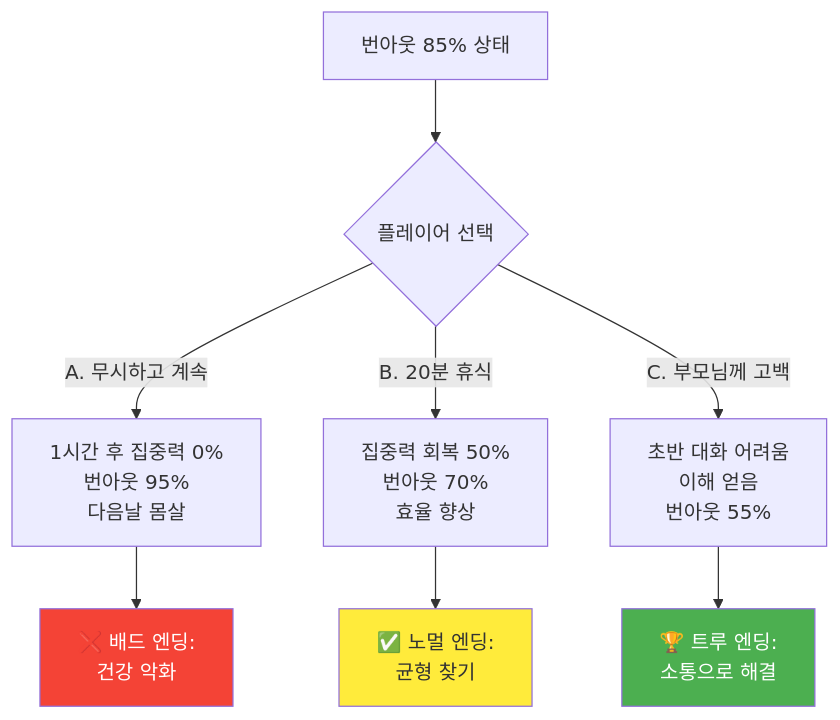
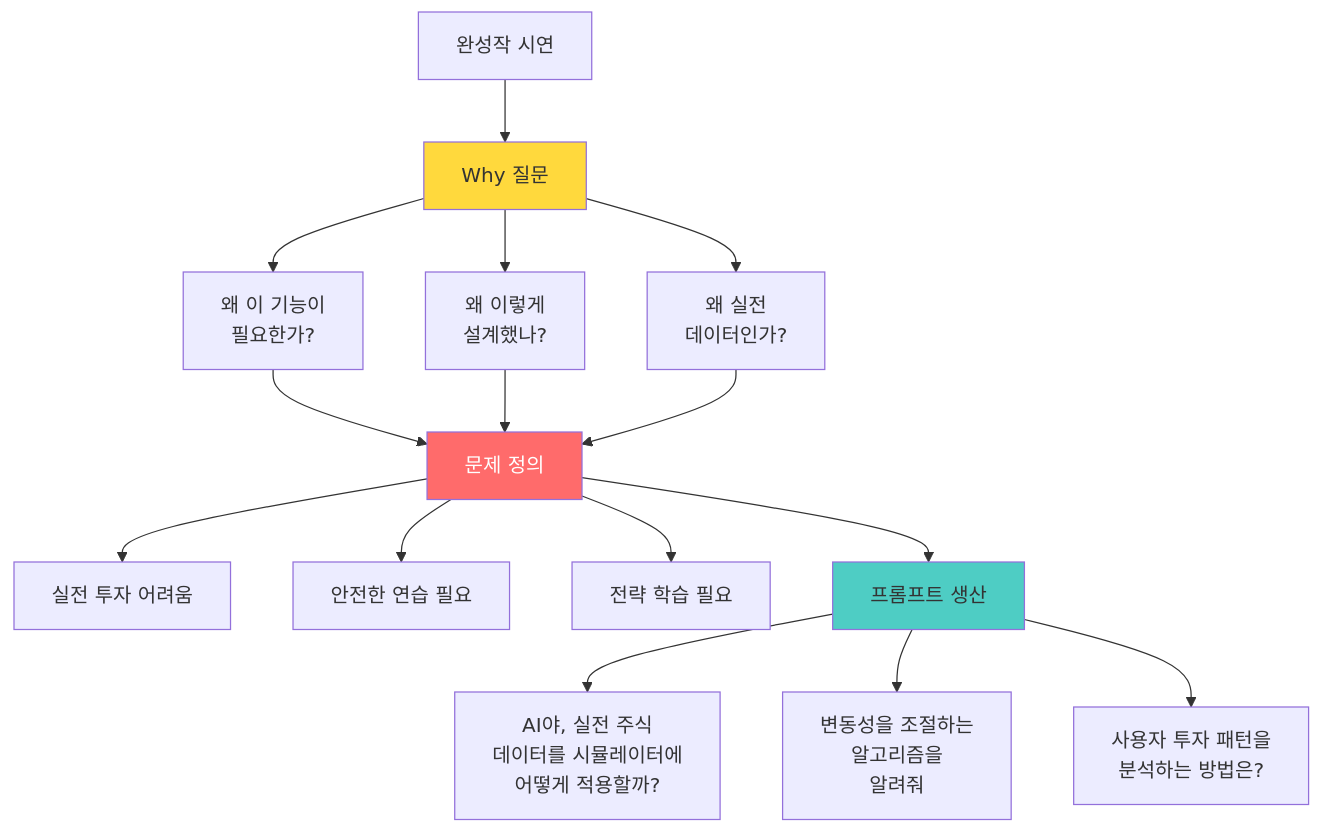
One commit to Collegenie-X/AI-Vive-Coding changed the fifth of 14 diagrams in Docs/주제/5단계-AI가상환경_실전체험_교육가이드.md. Above: the diagram before and after it, drawn with Mermaid. The commit also changed other lines of this file and 3 other files, not shown here.

````diff
--- a/Docs/주제/5단계-AI가상환경_실전체험_교육가이드.md
+++ b/Docs/주제/5단계-AI가상환경_실전체험_교육가이드.md
@@ -296,16 +228,26 @@
 ```mermaid
-graph TD
-    A[번아웃 85% 상태] --> B{플레이어 선택}
+graph TB
+    A[완성작 시연] --> B[Why 질문]
     
-    B -->|A. 무시하고 계속| C[1시간 후 집중력 0%<br/>번아웃 95%<br/>다음날 몸살]
-    B -->|B. 20분 휴식| D[집중력 회복 50%<br/>번아웃 70%<br/>효율 향상]
-    B -->|C. 부모님께 고백| E[초반 대화 어려움<br/>이해 얻음<br/>번아웃 55%]
+    B --> B1[왜 이 기능이<br/>필요한가?]
+    B --> B2[왜 이렇게<br/>설계했나?]
+    B --> B3[왜 실전<br/>데이터인가?]
     
-    C --> F[❌ 배드 엔딩:<br/>건강 악화]
-    D --> G[✅ 노멀 엔딩:<br/>균형 찾기]
-    E --> H[🏆 트루 엔딩:<br/>소통으로 해결]
+    B1 --> C[문제 정의]
+    B2 --> C
+    B3 --> C
     
-    style F fill:#f44336,color:#fff
-    style G fill:#ffeb3b
-    style H fill:#4caf50,color:#fff
+    C --> C1[실전 투자 어려움]
+    C --> C2[안전한 연습 필요]
+    C --> C3[전략 학습 필요]
+    
+    C --> D[프롬프트 생산]
+    
+    D --> D1["AI야, 실전 주식<br/>데이터를 시뮬레이터에<br/>어떻게 적용할까?"]
+    D --> D2["변동성을 조절하는<br/>알고리즘을<br/>알려줘"]
+    D --> D3["사용자 투자 패턴을<br/>분석하는 방법은?"]
+    
+    style B fill:#FFD93D
+    style C fill:#FF6B6B,color:#fff
+    style D fill:#4ECDC4
 ```
````
